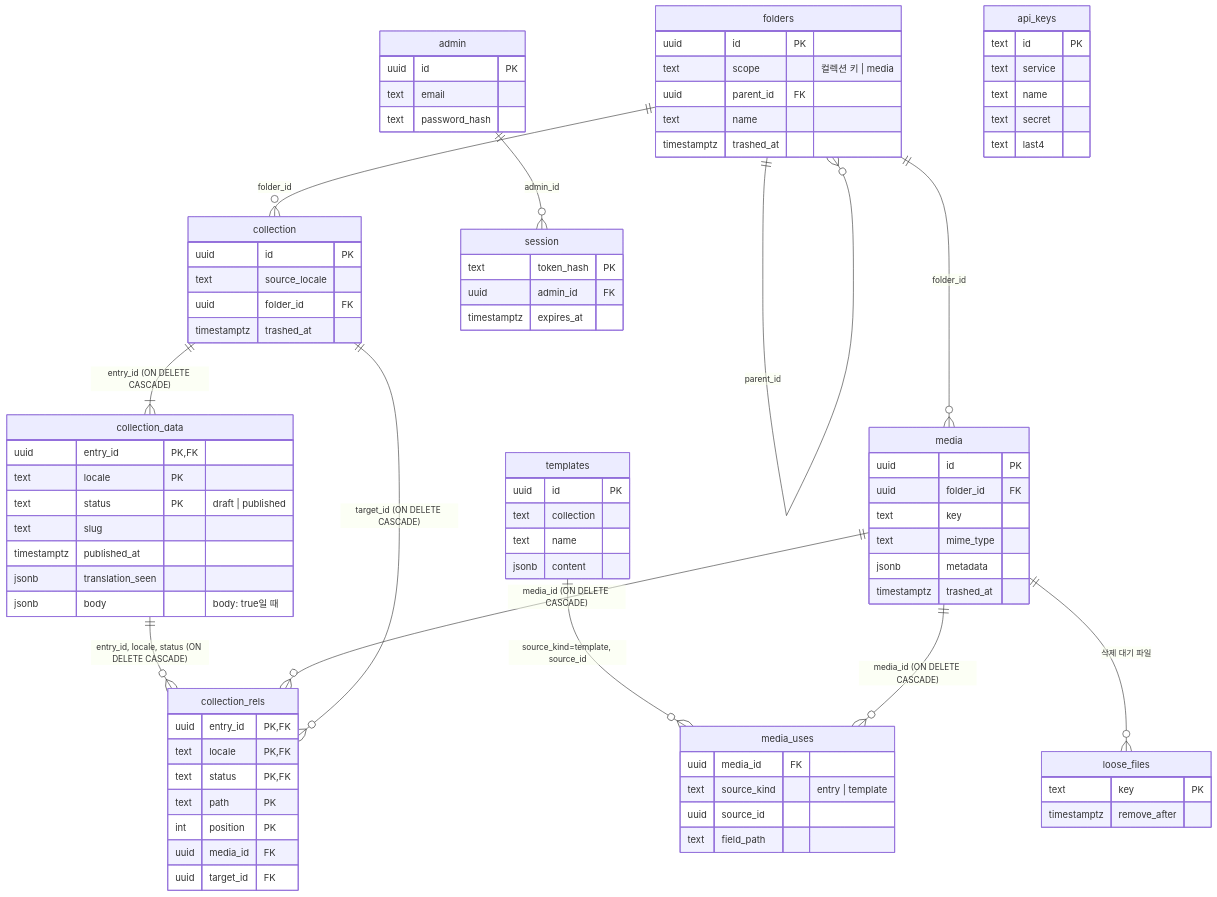
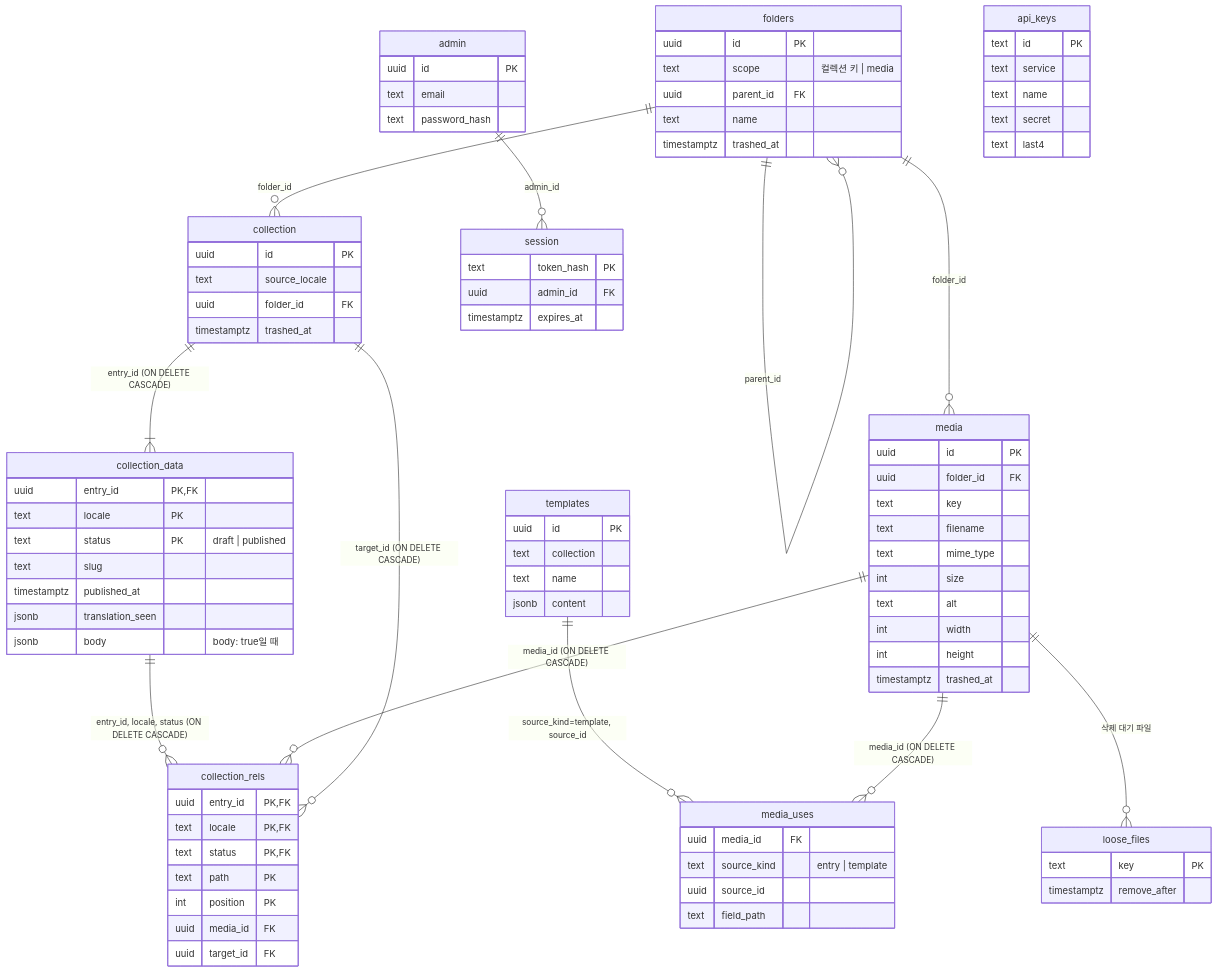
Before and after one commit to monti-cms/monti: the second of 2 diagrams in docs/refactor/core.md, drawn with Mermaid. The commit also changed other lines of this file and 3 other files, not shown here.

```diff
--- a/docs/refactor/core.md
+++ b/docs/refactor/core.md
@@ -258,8 +258,12 @@
     uuid id PK
     uuid folder_id FK
     text key
+    text filename
     text mime_type
-    jsonb metadata
+    int size
+    text alt
+    int width
+    int height
     timestamptz trashed_at
   }
 
```
